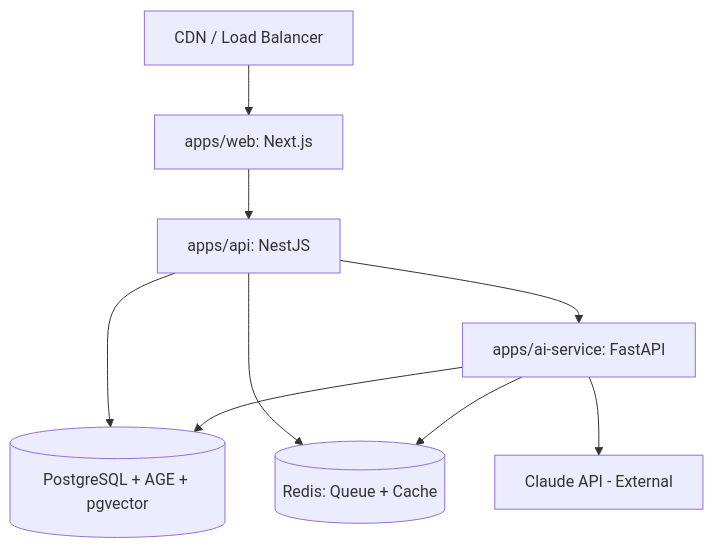
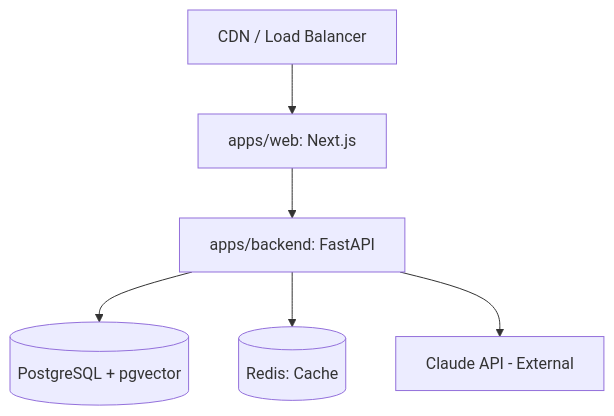
One commit to Driftloom/Vaeloom changed the diagram in docs/architecture/Service-Architecture.md. Above: the diagram before and after it, drawn with Mermaid. The commit also changed other lines of this file and 159 other files, not shown here.

````diff
--- a/docs/architecture/Service-Architecture.md
+++ b/docs/architecture/Service-Architecture.md
@@ -9,11 +10,8 @@
 ```mermaid
 graph TD
     LB[CDN / Load Balancer] --> Web[apps/web: Next.js]
-    Web --> API[apps/api: NestJS]
-    API --> AI[apps/ai-service: FastAPI]
-    API --> PG[(PostgreSQL + AGE + pgvector)]
-    API --> Redis[(Redis: Queue + Cache)]
-    AI --> PG
-    AI --> Redis
-    AI --> Claude[Claude API - External]
+    Web --> API[apps/backend: FastAPI]
+    API --> PG[(PostgreSQL + pgvector)]
+    API --> Redis[(Redis: Cache)]
+    API --> Claude[Claude API - External]
 ```
````
